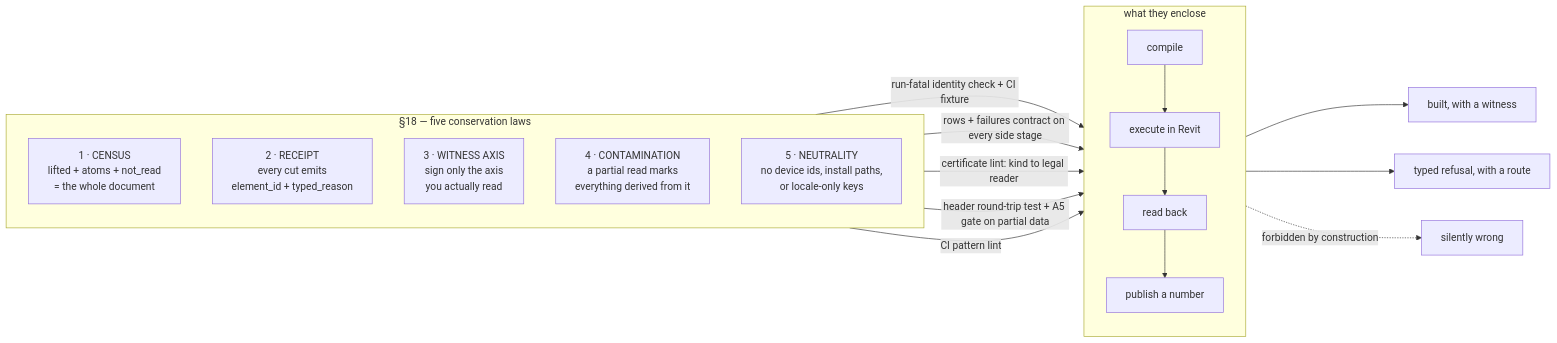
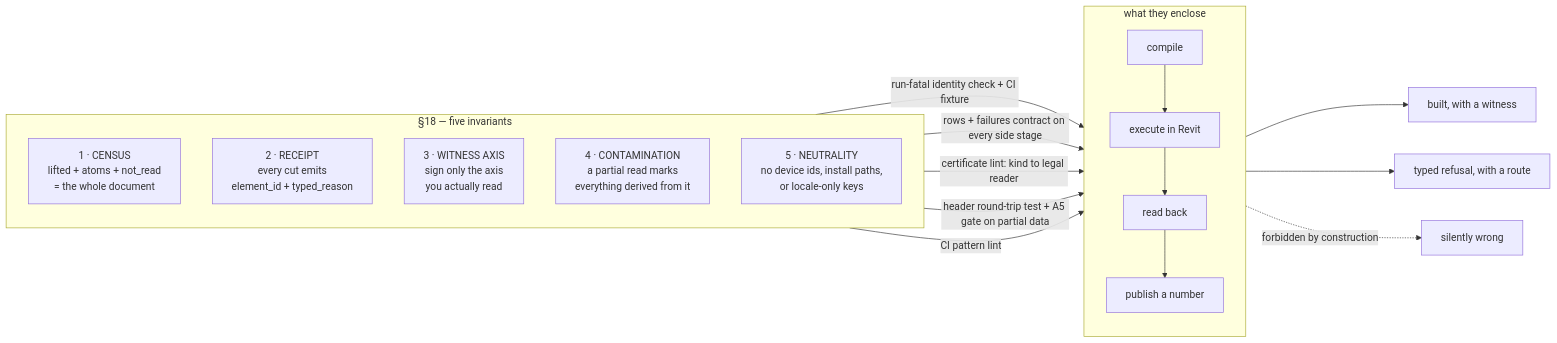
One commit to 5vbkgsghhh-hash/kir changed the third of 3 diagrams in README.md. Above: the diagram before and after it, drawn with Mermaid. The commit also changed other lines of this file and 1 other file, not shown here.

Commit message:
docs: clarify checked KIR invariants

````diff
--- a/README.md
+++ b/README.md
@@ -254,26 +254,26 @@
 ```mermaid
 flowchart LR
-    subgraph LAWS["§18 — five conservation laws"]
+    subgraph LAWS["§18 — five invariants"]
         direction TB
         L1["1 · CENSUS<br/>lifted + atoms + not_read<br/>= the whole document"]
         L2["2 · RECEIPT<br/>every cut emits<br/>element_id + typed_reason"]
         L3["3 · WITNESS AXIS<br/>sign only the axis<br/>you actually read"]
         L4["4 · CONTAMINATION<br/>a partial read marks<br/>everything derived from it"]
         L5["5 · NEUTRALITY<br/>no device ids, install paths,<br/>or locale-only keys"]
     end
 
     subgraph CORE["what they enclose"]
         direction TB
         C1["compile"] --> C2["execute in Revit"] --> C3["read back"] --> C4["publish a number"]
     end
 
     L1 -->|"run-fatal identity check + CI fixture"| CORE
     L2 -->|"rows + failures contract on every side stage"| CORE
     L3 -->|"certificate lint: kind to legal reader"| CORE
     L4 -->|"header round-trip test + A5 gate on partial data"| CORE
     L5 -->|"CI pattern lint"| CORE
 
     CORE --> R1["built, with a witness"]
     CORE --> R2["typed refusal, with a route"]
     CORE -.->|forbidden by construction| R3["silently wrong"]
 ```
````
